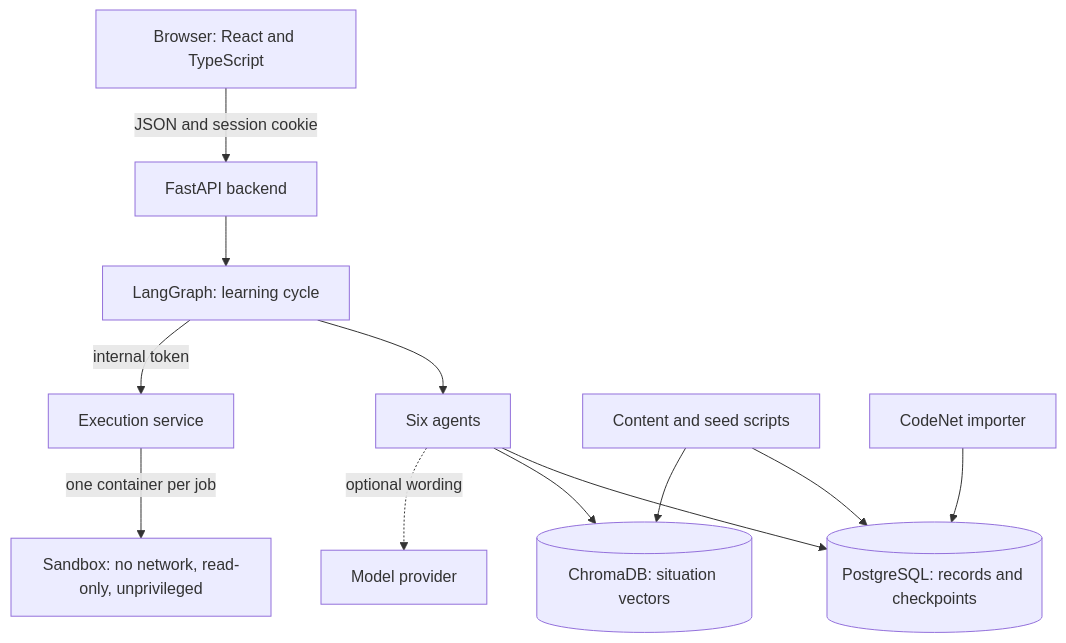
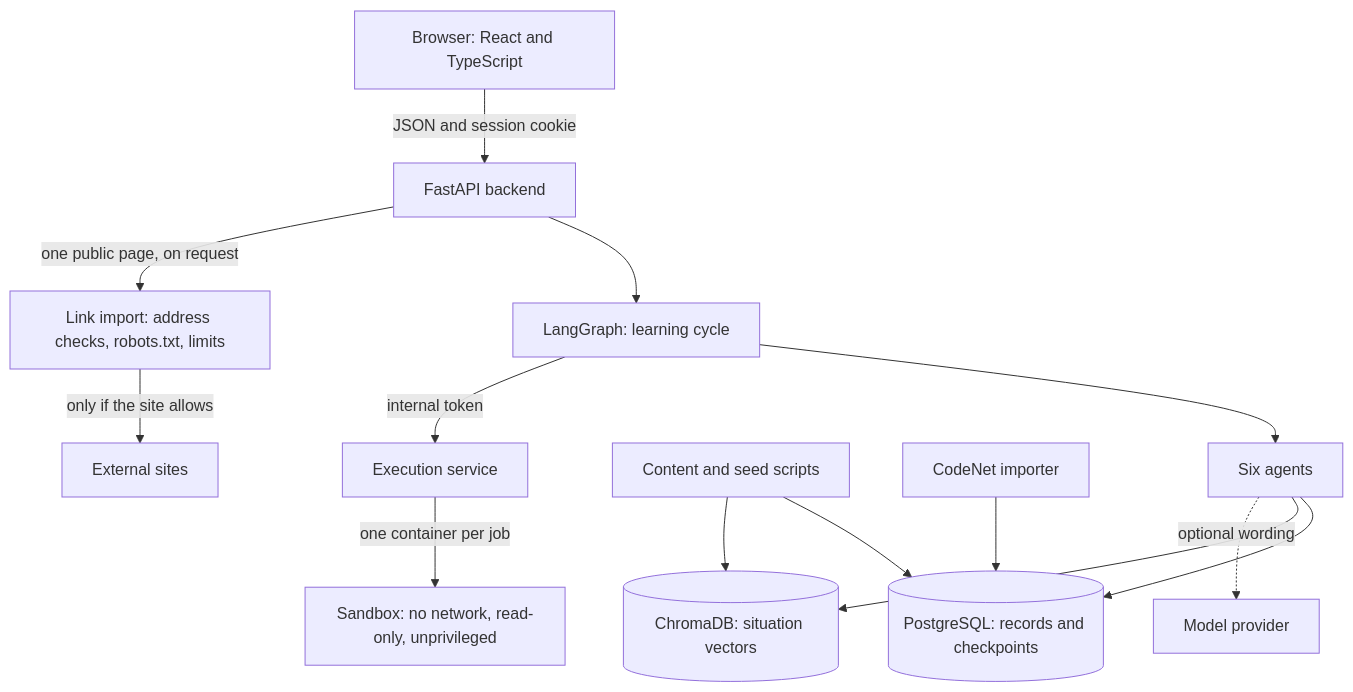
The first of 5 diagrams in docs/architecture.md (lokesh12125/AdaptiveAITutor), drawn with Mermaid before and after one commit. The commit also changed other lines of this file and 201 other files, not shown here.

````diff
--- a/docs/architecture.md
+++ b/docs/architecture.md
@@ -7,14 +7,16 @@
 ```mermaid
 flowchart TD
     Browser["Browser: React and TypeScript"] -->|"JSON and session cookie"| API["FastAPI backend"]
     API --> Graph["LangGraph: learning cycle"]
     Graph --> Agents["Six agents"]
     Agents --> PG[("PostgreSQL: records and checkpoints")]
     Agents --> Chroma[("ChromaDB: situation vectors")]
     Agents -.->|"optional wording"| LLM["Model provider"]
     Graph -->|"internal token"| Runner["Execution service"]
     Runner -->|"one container per job"| Sandbox["Sandbox: no network, read-only, unprivileged"]
     Seed["Content and seed scripts"] --> PG
     Seed --> Chroma
     Import["CodeNet importer"] --> PG
+    API -->|"one public page, on request"| Fetcher["Link import: address checks, robots.txt, limits"]
+    Fetcher -->|"only if the site allows"| Web["External sites"]
 ```
````
